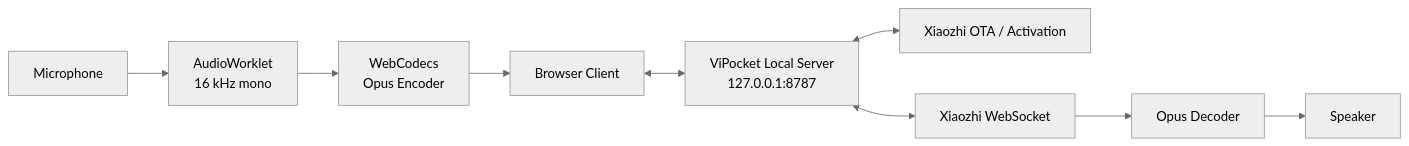
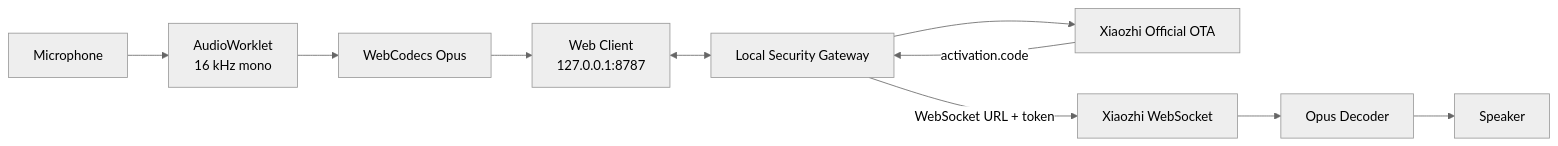
The first of 3 diagrams in README.md (Base27-CVNSS/ViPocket-Xiaozhi), drawn with Mermaid (neutral theme) before and after one commit. The commit also changed other lines of this file and 3 other files, not shown here.

First line of the commit message:
docs: finalize ViPocket 2.3 official-cloud Windows release

````diff
--- a/README.md
+++ b/README.md
@@ -65,11 +126,12 @@
 ```mermaid
 flowchart LR
     MIC[Microphone] --> AW[AudioWorklet\n16 kHz mono]
-    AW --> ENC[WebCodecs\nOpus Encoder]
-    ENC --> WEB[Browser Client]
-    WEB <--> LOCAL[ViPocket Local Server\n127.0.0.1:8787]
-    LOCAL <--> OTA[Xiaozhi OTA / Activation]
-    LOCAL <--> XWS[Xiaozhi WebSocket]
+    AW --> OPUS[WebCodecs Opus]
+    OPUS --> WEB[Web Client\n127.0.0.1:8787]
+    WEB <--> GW[Local Security Gateway]
+    GW --> OTA[Xiaozhi Official OTA]
+    OTA -->|activation.code| GW
+    GW -->|WebSocket URL + token| XWS[Xiaozhi WebSocket]
     XWS --> DEC[Opus Decoder]
     DEC --> SPK[Speaker]
 ```
````
